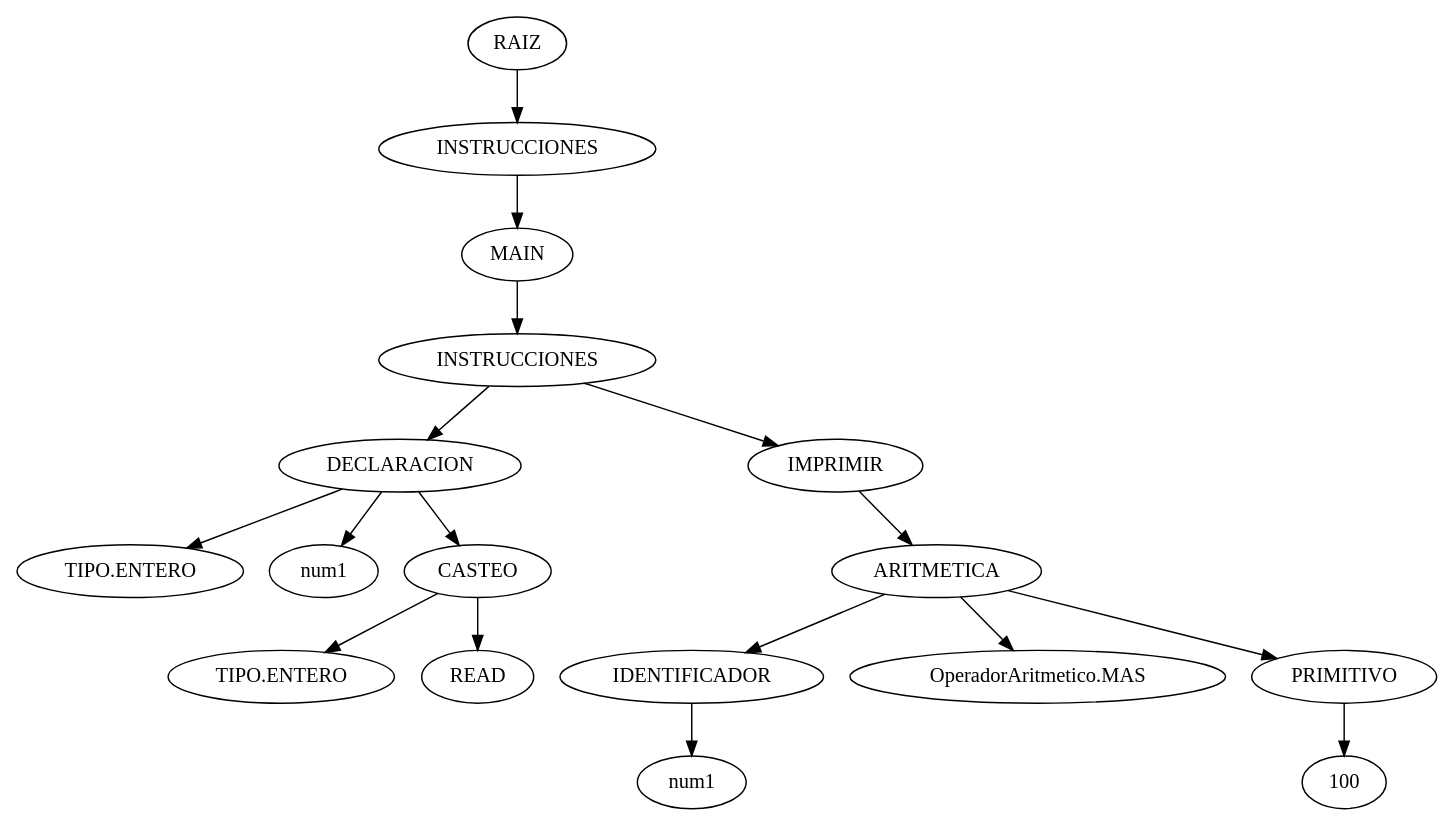
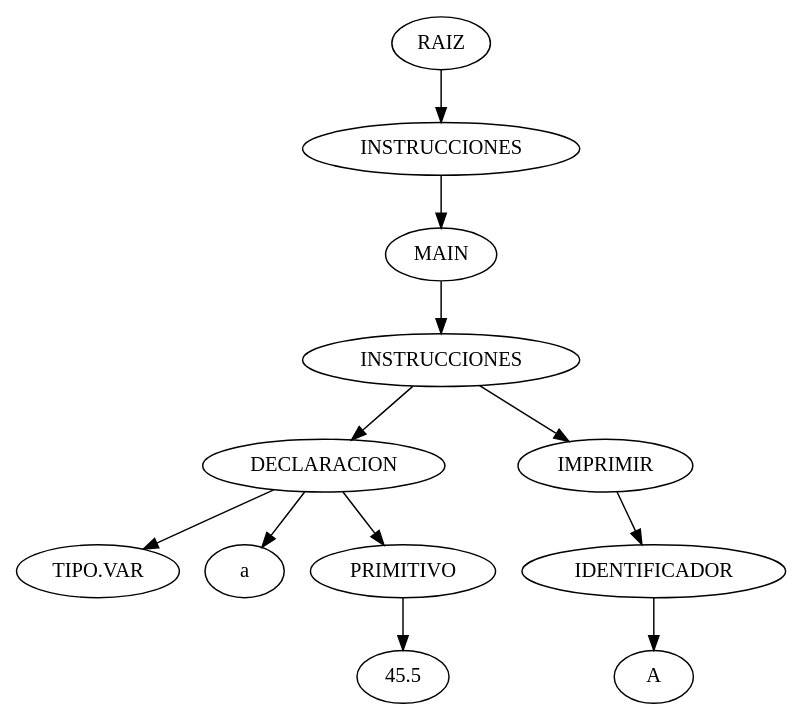
One commit to lexisbr/JPR changed the diagram in JPR_IDE/ast.dot. Above: the diagram before and after it, drawn with Graphviz. The commit also changed 7 other files, not shown here.

```diff
--- a/JPR_IDE/ast.dot
+++ b/JPR_IDE/ast.dot
@@ -1,35 +1,25 @@
 digraph {
 n0[label="RAIZ"];
 n1[label="INSTRUCCIONES"];
 n0->n1;
 n2[label="MAIN"];
 n1->n2;
 n3[label="INSTRUCCIONES"];
 n2->n3;
 n4[label="DECLARACION"];
 n3->n4;
-n5[label="TIPO.ENTERO"];
+n5[label="TIPO.VAR"];
 n4->n5;
-n6[label="num1"];
+n6[label="a"];
 n4->n6;
-n7[label="CASTEO"];
+n7[label="PRIMITIVO"];
 n4->n7;
-n8[label="TIPO.ENTERO"];
+n8[label="45.5"];
 n7->n8;
-n9[label="READ"];
-n7->n9;
-n10[label="IMPRIMIR"];
-n3->n10;
-n11[label="ARITMETICA"];
+n9[label="IMPRIMIR"];
+n3->n9;
+n10[label="IDENTIFICADOR"];
+n9->n10;
+n11[label="A"];
 n10->n11;
-n12[label="IDENTIFICADOR"];
-n11->n12;
-n13[label="num1"];
-n12->n13;
-n14[label="OperadorAritmetico.MAS"];
-n11->n14;
-n15[label="PRIMITIVO"];
-n11->n15;
-n16[label="100"];
-n15->n16;
 }
```
